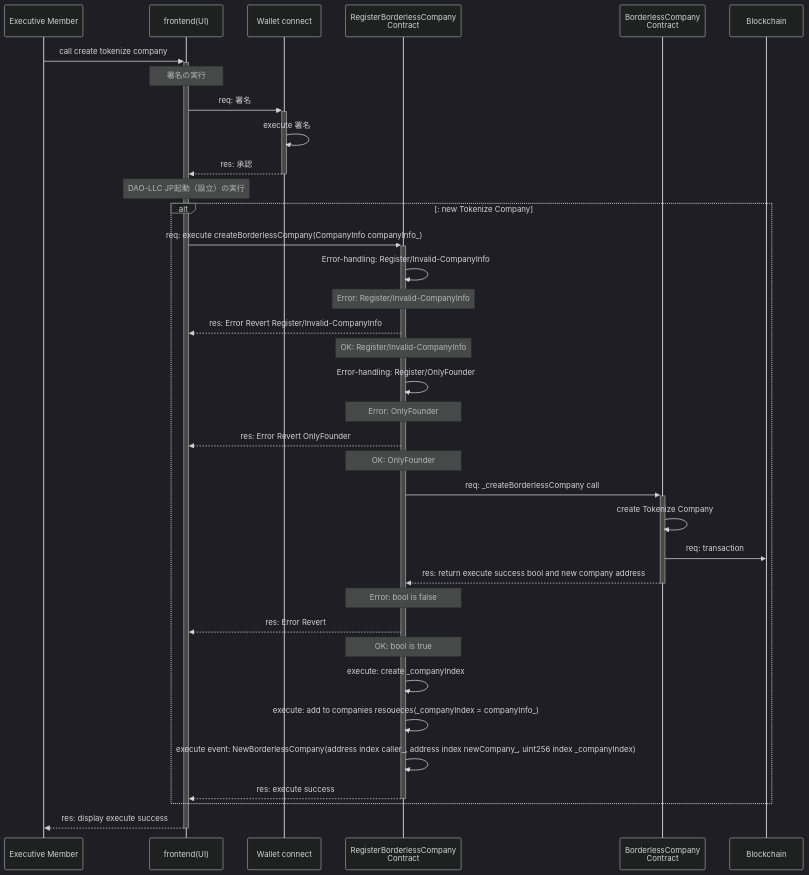
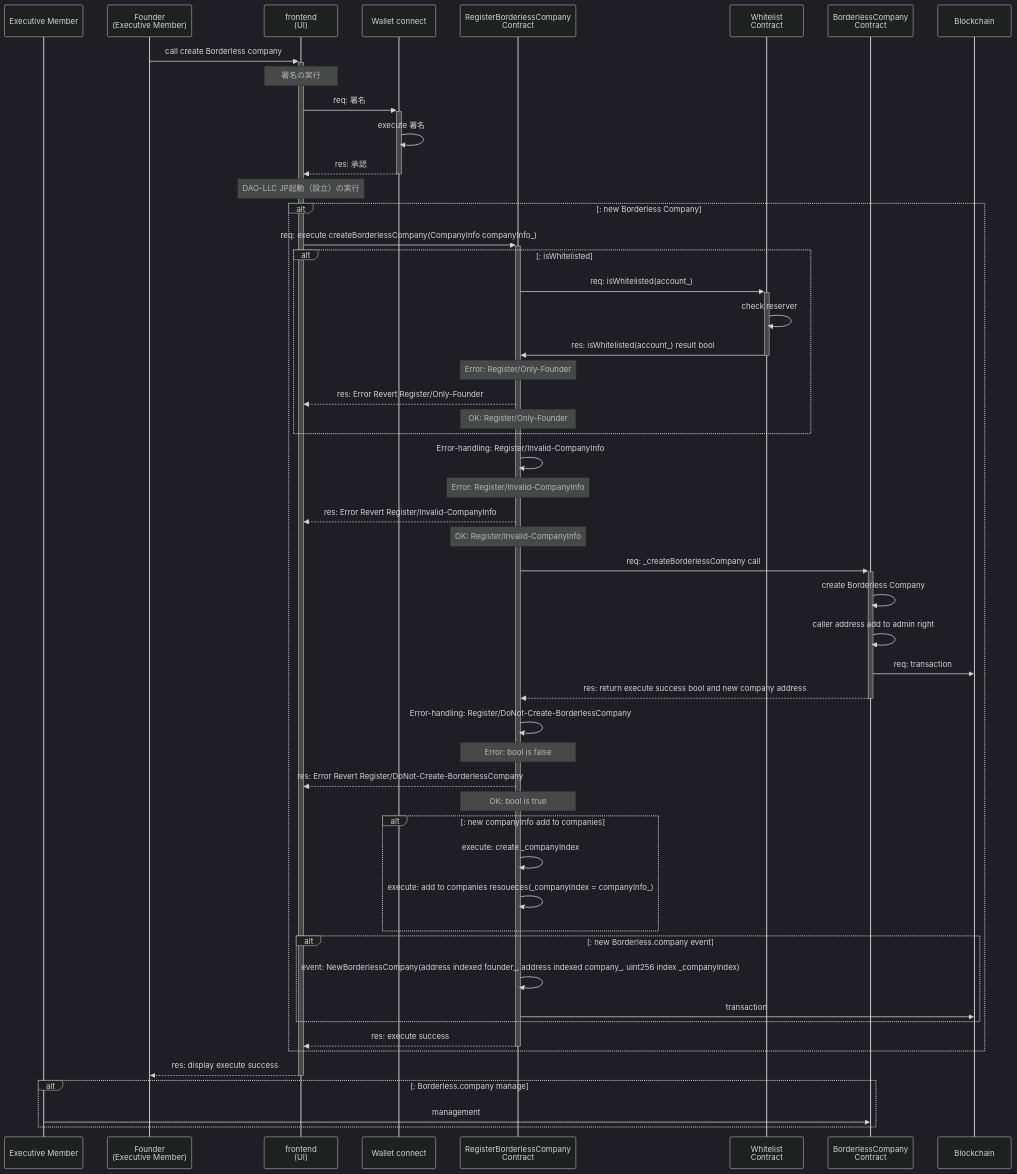
The third of 3 diagrams in docs/contracts/1.RegisterBorderlessCompany/1.RegisterBorderlessCompany.index.md (Borderless-company/Borderless-Contract), drawn with Mermaid (dark theme) before and after one commit. The commit also changed other lines of this file, not shown here.

Commit message:
Initial document RegisterBorderlessCompany.sol

````diff
--- a/docs/contracts/1.RegisterBorderlessCompany/1.RegisterBorderlessCompany.index.md
+++ b/docs/contracts/1.RegisterBorderlessCompany/1.RegisterBorderlessCompany.index.md
@@ -116,39 +290,66 @@
-    ```mermaid
-        sequenceDiagram
-            participant EM as Executive Member
-            participant UI as frontend(UI)
-            participant WC as Wallet connect
-            participant RTC as RegisterBorderlessCompany<br/>Contract
-            participant TC as BorderlessCompany<br/>Contract
-            participant BC as Blockchain
+```mermaid
+    sequenceDiagram
+        participant EM as Executive Member
+        participant FD as Founder<br/>(Executive Member)
+        participant UI as frontend<br/>(UI)
+        participant WC as Wallet connect
+        participant RTC as RegisterBorderlessCompany<br/>Contract
+        participant WL as Whitelist<br/>Contract
+        participant BLC as BorderlessCompany<br/>Contract
+        participant BC as Blockchain
 
-            EM ->>+ UI: call create tokenize company
-            Note over UI: 署名の実行
-            UI ->>+ WC: req: 署名
-            WC ->> WC: execute 署名
-            WC -->>- UI: res: 承認
-            Note over UI: DAO-LLC JP起動（設立）の実行
-            alt: new Tokenize Company
-            UI ->>+ RTC: req: execute createBorderlessCompany(CompanyInfo companyInfo_)
-            RTC ->> RTC: Error-handling: Register/Invalid-CompanyInfo
-            Note over RTC: Error: Register/Invalid-CompanyInfo
-            RTC -->> UI: res: Error Revert Register/Invalid-CompanyInfo
-            Note over RTC: OK: Register/Invalid-CompanyInfo
-            RTC ->> RTC: Error-handling: Register/OnlyFounder
-            Note over RTC: Error: OnlyFounder
-            RTC -->> UI: res: Error Revert OnlyFounder
-            Note over RTC: OK: OnlyFounder
-            RTC ->>+ TC: req: _createBorderlessCompany call
-            TC ->> TC: create Tokenize Company
-            TC ->> BC: req: transaction
-            TC -->>- RTC: res: return execute success bool and new company address
-            Note over RTC: Error: bool is false
-            RTC -->> UI: res: Error Revert
-            Note over RTC: OK: bool is true
-            RTC ->> RTC: execute: create _companyIndex
-            RTC ->> RTC: execute: add to companies resoueces(_companyIndex = companyInfo_)
-            RTC ->> RTC: execute event: NewBorderlessCompany(address index caller_, address index newCompany_, uint256 index _companyIndex)
-            RTC -->>- UI: res: execute success
-            end
-            UI -->>- EM: res: display execute success
-    ```
+        FD ->>+ UI: call create Borderless company
+        Note over UI: 署名の実行
+        UI ->>+ WC: req: 署名
+        WC ->> WC: execute 署名
+        WC -->>- UI: res: 承認
+
+        Note over UI: DAO-LLC JP起動（設立）の実行
+        alt: new Borderless Company
+        UI ->>+ RTC: req: execute createBorderlessCompany(CompanyInfo companyInfo_)
+
+        alt: isWhitelisted
+        RTC ->>+ WL: req: isWhitelisted(account_)
+        WL ->> WL: check reserver
+        WL ->>- RTC: res: isWhitelisted(account_) result bool
+
+        Note over RTC: Error: Register/Only-Founder
+        RTC -->> UI: res: Error Revert Register/Only-Founder
+        Note over RTC: OK: Register/Only-Founder
+        end
+
+        RTC ->> RTC: Error-handling: Register/Invalid-CompanyInfo
+
+        Note over RTC: Error: Register/Invalid-CompanyInfo
+        RTC -->> UI: res: Error Revert Register/Invalid-CompanyInfo
+        Note over RTC: OK: Register/Invalid-CompanyInfo
+
+        RTC ->>+ BLC: req: _createBorderlessCompany call
+        BLC ->> BLC: create Borderless Company
+        BLC ->> BLC: caller address add to admin right
+        BLC ->> BC: req: transaction
+        BLC -->>- RTC: res: return execute success bool and new company address
+
+        RTC ->> RTC: Error-handling: Register/DoNot-Create-BorderlessCompany
+
+        Note over RTC: Error: bool is false
+        RTC -->> UI: res: Error Revert Register/DoNot-Create-BorderlessCompany
+        Note over RTC: OK: bool is true
+
+        alt: new companyInfo add to companies
+        RTC ->> RTC: execute: create _companyIndex
+        RTC ->> RTC: execute: add to companies resoueces(_companyIndex = companyInfo_)
+        end
+
+        alt: new Borderless.company event
+        RTC ->> RTC: event: NewBorderlessCompany(address indexed founder_, address indexed company_, uint256 index _companyIndex)
+        RTC ->> BC: transaction
+        end
+        RTC -->>- UI: res: execute success
+        end
+        UI -->>- FD: res: display execute success
+
+        alt: Borderless.company manage
+        EM ->> BLC: management
+        end
+```
````
